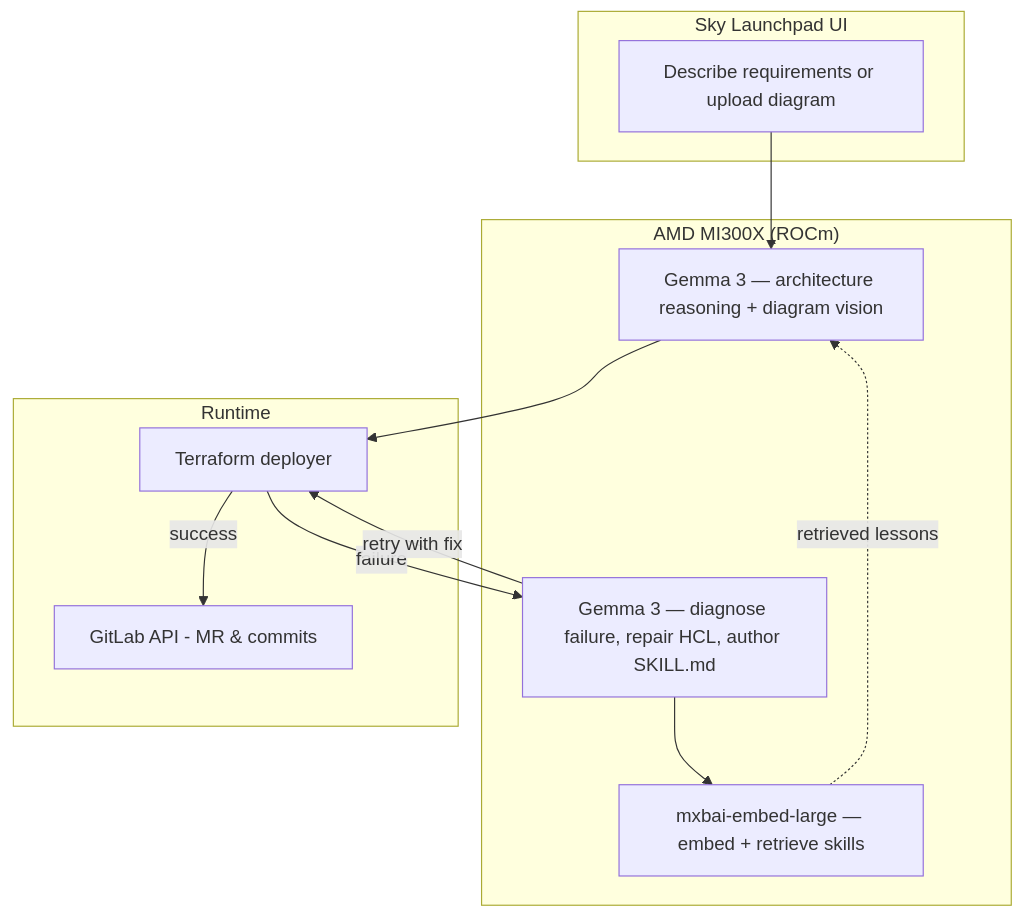
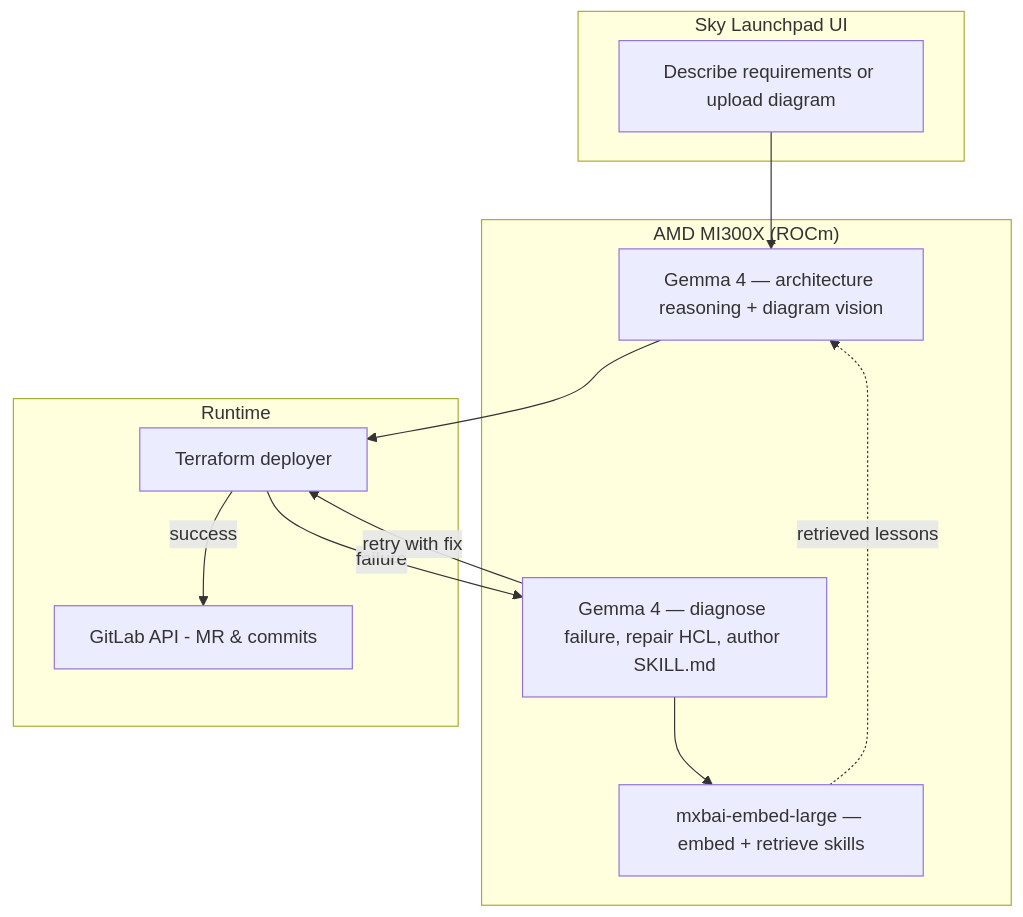
The diagram in README.md (EimisPachecoHacks/slack-sky-launchpad-ATX), drawn with Mermaid before and after one commit. The commit also changed other lines of this file and 11 other files, not shown here.

````diff
--- a/README.md
+++ b/README.md
@@ -81,22 +81,22 @@
 ```mermaid
 flowchart TB
   subgraph ui["Sky Launchpad UI"]
     A[Describe requirements or upload diagram]
   end
   subgraph gpu["AMD MI300X (ROCm)"]
-    B["Gemma 3 — architecture reasoning + diagram vision"]
-    R["Gemma 3 — diagnose failure, repair HCL, author SKILL.md"]
+    B["Gemma 4 — architecture reasoning + diagram vision"]
+    R["Gemma 4 — diagnose failure, repair HCL, author SKILL.md"]
     V["mxbai-embed-large — embed + retrieve skills"]
   end
   subgraph run["Runtime"]
     C[Terraform deployer]
     E[GitLab API - MR & commits]
   end
   A --> B
   V -. "retrieved lessons" .-> B
   B --> C
   C -->|success| E
   C -->|failure| R
   R --> V
   R -->|"retry with fix"| C
 ```
````
